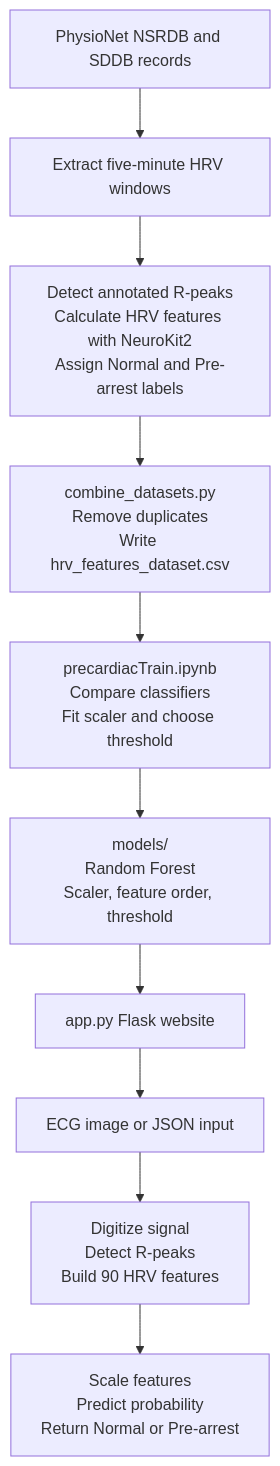
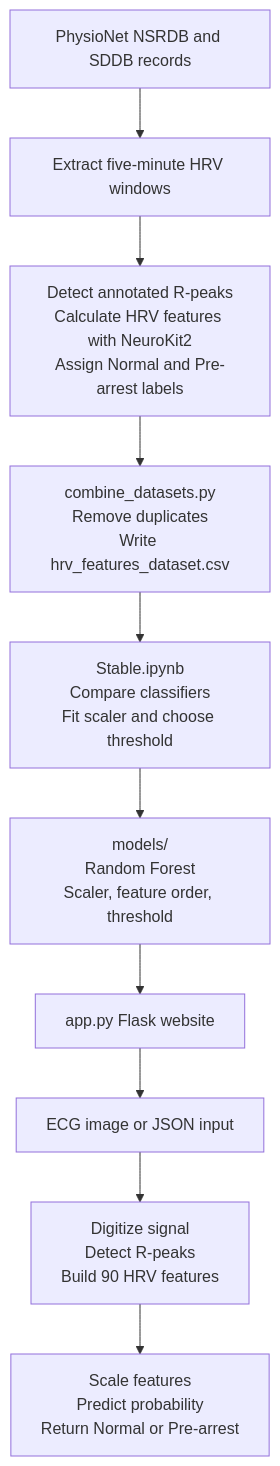
Before and after one commit to allenlobo31/Cardiac_Arrest_Prediction: the diagram in README.md, drawn with Mermaid. The commit also changed other lines of this file and 4 other files, not shown here.

````diff
--- a/README.md
+++ b/README.md
@@ -29,12 +29,12 @@
 ```mermaid
 flowchart TD
     A[PhysioNet NSRDB and SDDB records] --> B[Extract five-minute HRV windows]
     B --> C[Detect annotated R-peaks<br/>Calculate HRV features with NeuroKit2<br/>Assign Normal and Pre-arrest labels]
     C --> D[combine_datasets.py<br/>Remove duplicates<br/>Write hrv_features_dataset.csv]
-    D --> E[precardiacTrain.ipynb<br/>Compare classifiers<br/>Fit scaler and choose threshold]
+    D --> E[Stable.ipynb<br/>Compare classifiers<br/>Fit scaler and choose threshold]
     E --> F[models/<br/>Random Forest<br/>Scaler, feature order, threshold]
     F --> G[app.py Flask website]
     G --> H[ECG image or JSON input]
     H --> I[Digitize signal<br/>Detect R-peaks<br/>Build 90 HRV features]
     I --> J[Scale features<br/>Predict probability<br/>Return Normal or Pre-arrest]
 ```
````
